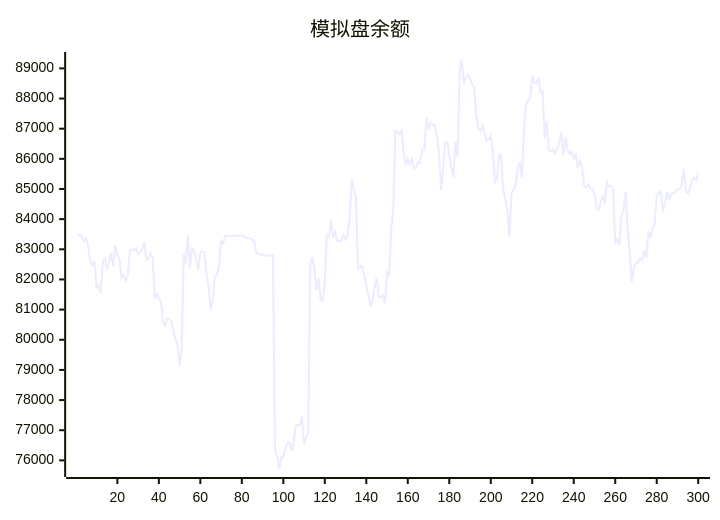
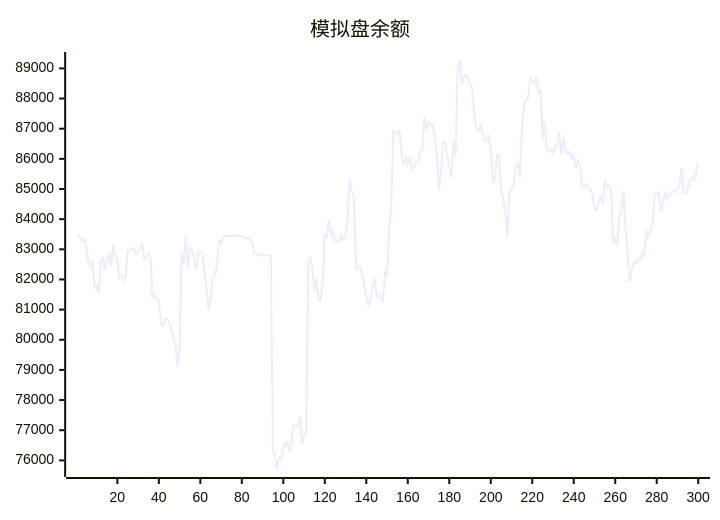
One commit to aahl/ai-trading changed the diagram in README.md. Above: the diagram before and after it, drawn with Mermaid. The commit also changed other lines of this file and 1 other file, not shown here.

````diff
--- a/README.md
+++ b/README.md
@@ -5,5 +5,5 @@
 ```mermaid
 xychart
     title "模拟盘余额"
-    line [83430,83490,83404,83270,83362,83056,82605,82459,82614,81734,81788,81551,82598,82702,82320,82580,82878,82426,83139,82778,82686,82056,82166,81963,82110,82951,82983,82984,83038,82838,82915,82998,83235,82642,82682,82858,82746,81396,81512,81362,81277,80600,80461,80699,80673,80616,80288,80038,79836,79142,79722,82837,82533,83480,82366,83032,82960,82654,82330,82883,82934,82901,82188,81728,81005,81298,82110,82135,82449,83264,83203,83440,83439,83440,83440,83446,83447,83448,83447,83448,83449,83369,83369,83369,83313,83256,82872,82873,82801,82844,82785,82791,82791,82793,82794,76339,76145,75714,76110,76096,76397,76594,76585,76310,76607,77160,77170,77160,77456,76541,76774,76927,82520,82744,82337,81639,82040,81307,81314,81887,83490,83414,83984,83396,83594,83261,83287,83253,83470,83327,83465,83987,85348,84930,84786,82355,82433,82438,82167,81795,81466,81105,81315,81756,82064,81426,81398,81481,81210,82242,82099,83658,84359,86925,86892,86814,86980,86203,85802,86003,85811,86028,85657,85721,85896,85880,86300,86299,87378,86965,87214,87115,87118,86780,86238,84966,85623,86555,86562,86129,85722,85387,86569,86070,88870,89278,88477,88720,88781,88668,88467,88372,87493,87018,86917,87102,86870,86613,86644,86758,86317,85242,85334,86149,86106,84968,84671,84302,83410,84816,85001,85127,85693,85891,85384,87001,87811,87945,88007,88734,88528,88495,88705,88189,88248,86662,87234,86279,86251,86314,86177,86364,86503,86886,86114,86731,86310,86176,86240,86017,86136,85685,85938,85749,85111,85044,85164,85016,85008,84824,84354,84287,84572,84745,84500,85234,85096,85095,84970,83180,83338,83157,84070,84309,84922,83667,82850,81924,82369,82552,82539,82695,82648,82962,82728,83619,83378,83710,83825,84819,84854,84917,84265,84527,84919,84668,84834,84850,84916,84981,85004,85131,85674,84891,84864,85019,85284,85393,85294,85538]
+    line [83490,83404,83270,83362,83056,82605,82459,82614,81734,81788,81551,82598,82702,82320,82580,82878,82426,83139,82778,82686,82056,82166,81963,82110,82951,82983,82984,83038,82838,82915,82998,83235,82642,82682,82858,82746,81396,81512,81362,81277,80600,80461,80699,80673,80616,80288,80038,79836,79142,79722,82837,82533,83480,82366,83032,82960,82654,82330,82883,82934,82901,82188,81728,81005,81298,82110,82135,82449,83264,83203,83440,83439,83440,83440,83446,83447,83448,83447,83448,83449,83369,83369,83369,83313,83256,82872,82873,82801,82844,82785,82791,82791,82793,82794,76339,76145,75714,76110,76096,76397,76594,76585,76310,76607,77160,77170,77160,77456,76541,76774,76927,82520,82744,82337,81639,82040,81307,81314,81887,83490,83414,83984,83396,83594,83261,83287,83253,83470,83327,83465,83987,85348,84930,84786,82355,82433,82438,82167,81795,81466,81105,81315,81756,82064,81426,81398,81481,81210,82242,82099,83658,84359,86925,86892,86814,86980,86203,85802,86003,85811,86028,85657,85721,85896,85880,86300,86299,87378,86965,87214,87115,87118,86780,86238,84966,85623,86555,86562,86129,85722,85387,86569,86070,88870,89278,88477,88720,88781,88668,88467,88372,87493,87018,86917,87102,86870,86613,86644,86758,86317,85242,85334,86149,86106,84968,84671,84302,83410,84816,85001,85127,85693,85891,85384,87001,87811,87945,88007,88734,88528,88495,88705,88189,88248,86662,87234,86279,86251,86314,86177,86364,86503,86886,86114,86731,86310,86176,86240,86017,86136,85685,85938,85749,85111,85044,85164,85016,85008,84824,84354,84287,84572,84745,84500,85234,85096,85095,84970,83180,83338,83157,84070,84309,84922,83667,82850,81924,82369,82552,82539,82695,82648,82962,82728,83619,83378,83710,83825,84819,84854,84917,84265,84527,84919,84668,84834,84850,84916,84981,85004,85131,85674,84891,84864,85019,85284,85393,85294,85538,85894]
 ```
````
